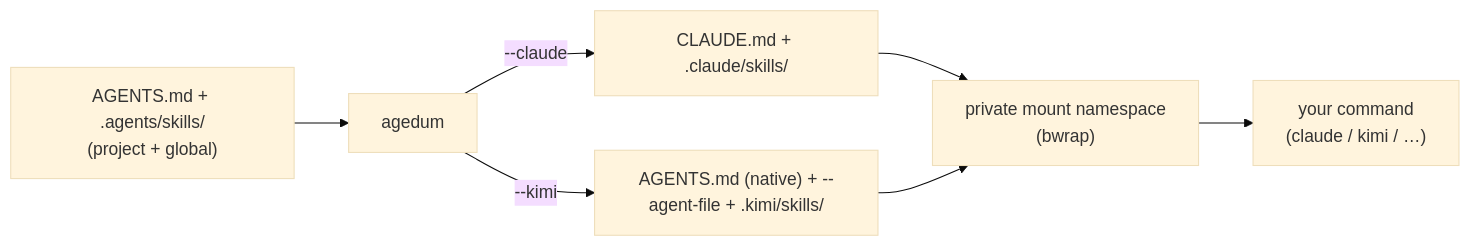
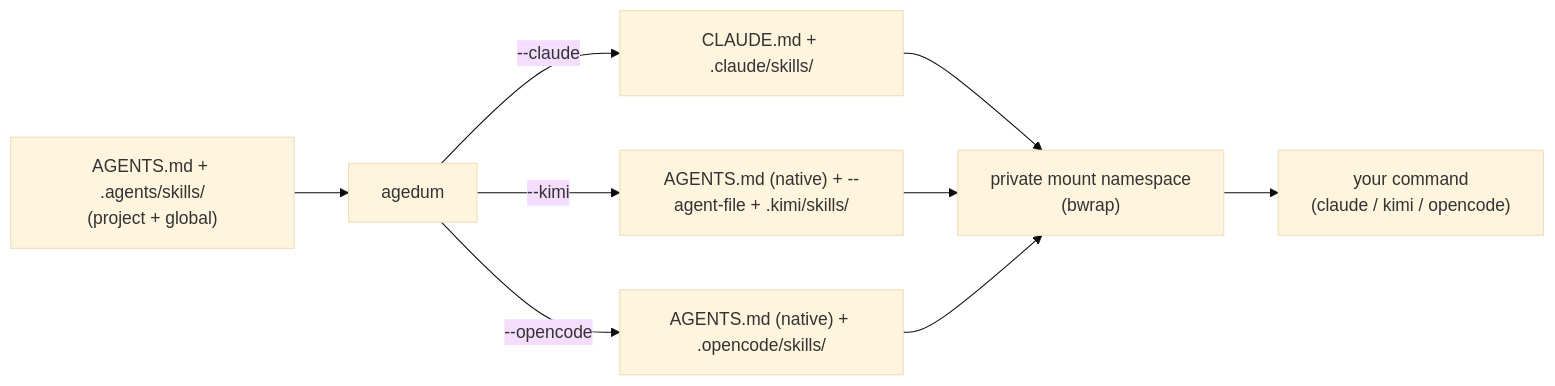
One commit to vcoeur/agedum changed the diagram in docs/index.md. Above: the diagram before and after it, drawn with Mermaid (base theme). The commit also changed other lines of this file and 11 other files, not shown here.

````diff
--- a/docs/index.md
+++ b/docs/index.md
@@ -58,9 +59,11 @@
 ```mermaid
 flowchart LR
   src["AGENTS.md + .agents/skills/<br/>(project + global)"] --> agedum
   agedum -->|"--claude"| cl["CLAUDE.md + .claude/skills/"]
   agedum -->|"--kimi"| ki["AGENTS.md (native) + --agent-file + .kimi/skills/"]
+  agedum -->|"--opencode"| oc["AGENTS.md (native) + .opencode/skills/"]
   cl --> ns["private mount namespace<br/>(bwrap)"]
   ki --> ns
-  ns --> cmd["your command<br/>(claude / kimi / …)"]
+  oc --> ns
+  ns --> cmd["your command<br/>(claude / kimi / opencode)"]
 ```
````
